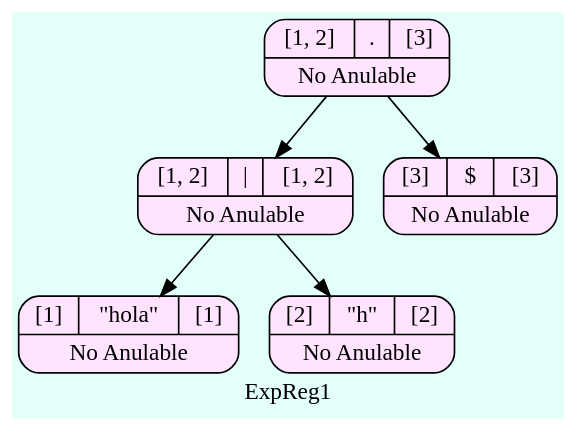
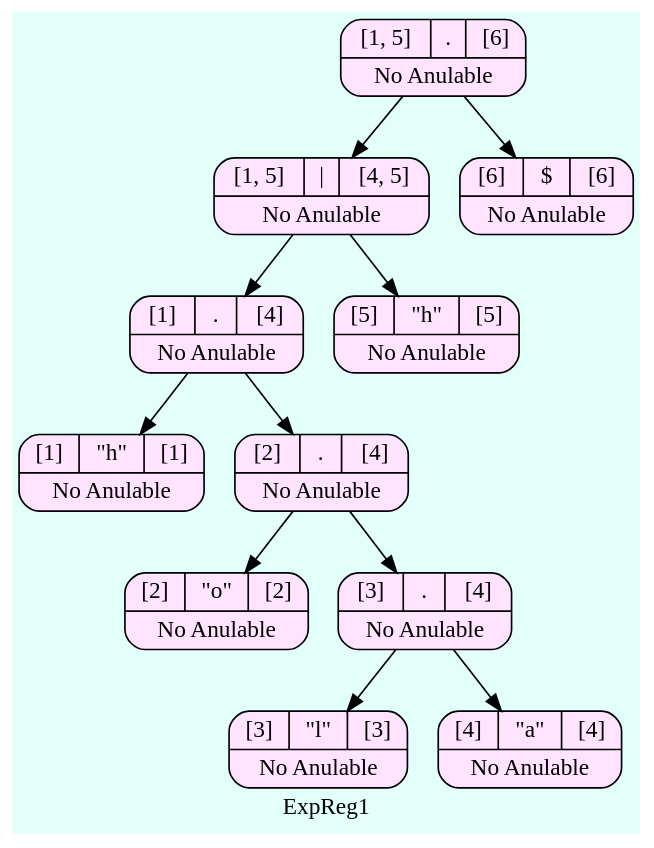
Before and after one commit to SergieArizandieta/OLC1-P1-202000119: the diagram in ARBOLES_202000119/Arbol_ExpReg1.dot, drawn with Graphviz. The commit also changed 17 other files, not shown here.

```diff
--- a/ARBOLES_202000119/Arbol_ExpReg1.dot
+++ b/ARBOLES_202000119/Arbol_ExpReg1.dot
@@ -1,15 +1,27 @@
 digraph structs {
   bgcolor = "#E3FFFA"
    node [shape=Mrecord fillcolor="#FFE3FF" style =filled];
 label ="ExpReg1"
-    struct574008405    [label="{{[1, 2]|<here>.|[3]}|No Anulable}"];
+    struct574008405    [label="{{[1, 5]|<here>.|[6]}|No Anulable}"];
     struct574008405-> struct952590758
-    struct952590758    [label="{{[1, 2]|<here>\||[1, 2]}|No Anulable}"];
+    struct952590758    [label="{{[1, 5]|<here>\||[4, 5]}|No Anulable}"];
     struct952590758-> struct1125290382
-    struct1125290382    [label="{{[1]|<here>\"hola\"|[1]}|No Anulable}"];
-    struct952590758-> struct1888870968
-    struct1888870968    [label="{{[2]|<here>\"h\"|[2]}|No Anulable}"];
-    struct574008405-> struct1733733499
-    struct1733733499    [label="{{[3]|<here>$|[3]}|No Anulable}"];
+    struct1125290382    [label="{{[1]|<here>.|[4]}|No Anulable}"];
+    struct1125290382-> struct1888870968
+    struct1888870968    [label="{{[1]|<here>\"h\"|[1]}|No Anulable}"];
+    struct1125290382-> struct1733733499
+    struct1733733499    [label="{{[2]|<here>.|[4]}|No Anulable}"];
+    struct1733733499-> struct1688157030
+    struct1688157030    [label="{{[2]|<here>\"o\"|[2]}|No Anulable}"];
+    struct1733733499-> struct869681306
+    struct869681306    [label="{{[3]|<here>.|[4]}|No Anulable}"];
+    struct869681306-> struct1812855034
+    struct1812855034    [label="{{[3]|<here>\"l\"|[3]}|No Anulable}"];
+    struct869681306-> struct1055564916
+    struct1055564916    [label="{{[4]|<here>\"a\"|[4]}|No Anulable}"];
+    struct952590758-> struct590605508
+    struct590605508    [label="{{[5]|<here>\"h\"|[5]}|No Anulable}"];
+    struct574008405-> struct580973216
+    struct580973216    [label="{{[6]|<here>$|[6]}|No Anulable}"];
 
 }
```
